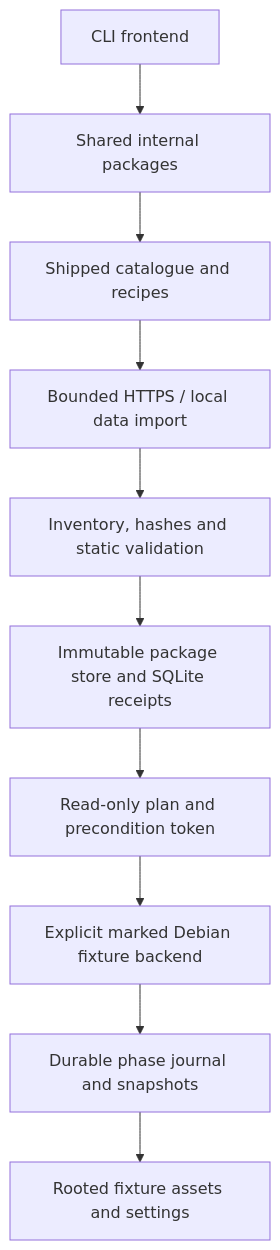
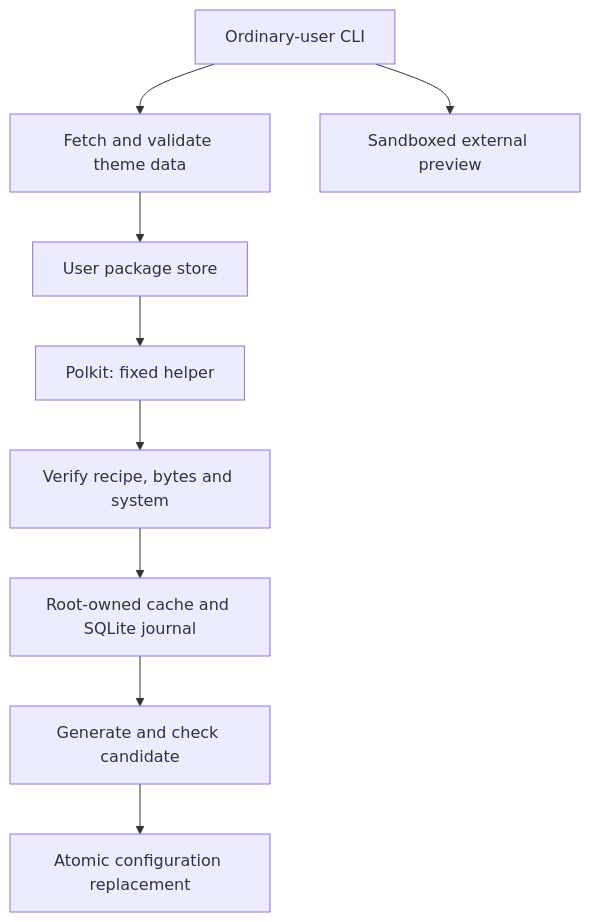
The diagram in docs/architecture.md (ivanimmanuel-dev/grubmgr), drawn with Mermaid before and after one commit. The commit also changed other lines of this file and 39 other files, not shown here.

Commit message:
Add Debian VM activation and sandboxed GRUB preview

````diff
--- a/docs/architecture.md
+++ b/docs/architecture.md
@@ -7,12 +5,11 @@
 ```mermaid
 flowchart TD
-  CLI[CLI frontend] --> Core[Shared internal packages]
-  Core --> Catalog[Shipped catalogue and recipes]
-  Catalog --> Fetch[Bounded HTTPS / local data import]
-  Fetch --> Validation[Inventory, hashes and static validation]
-  Validation --> Store[Immutable package store and SQLite receipts]
-  Store --> Plan[Read-only plan and precondition token]
-  Plan --> Fixture[Explicit marked Debian fixture backend]
-  Fixture --> Journal[Durable phase journal and snapshots]
-  Journal --> Files[Rooted fixture assets and settings]
+  CLI[Ordinary-user CLI] --> Fetch[Fetch and validate theme data]
+  Fetch --> User[User package store]
+  CLI --> Preview[Sandboxed external preview]
+  User --> Polkit[Polkit: fixed helper]
+  Polkit --> Check[Verify recipe, bytes and system]
+  Check --> Root[Root-owned cache and SQLite journal]
+  Root --> Candidate[Generate and check candidate]
+  Candidate --> Activate[Atomic configuration replacement]
 ```
````
